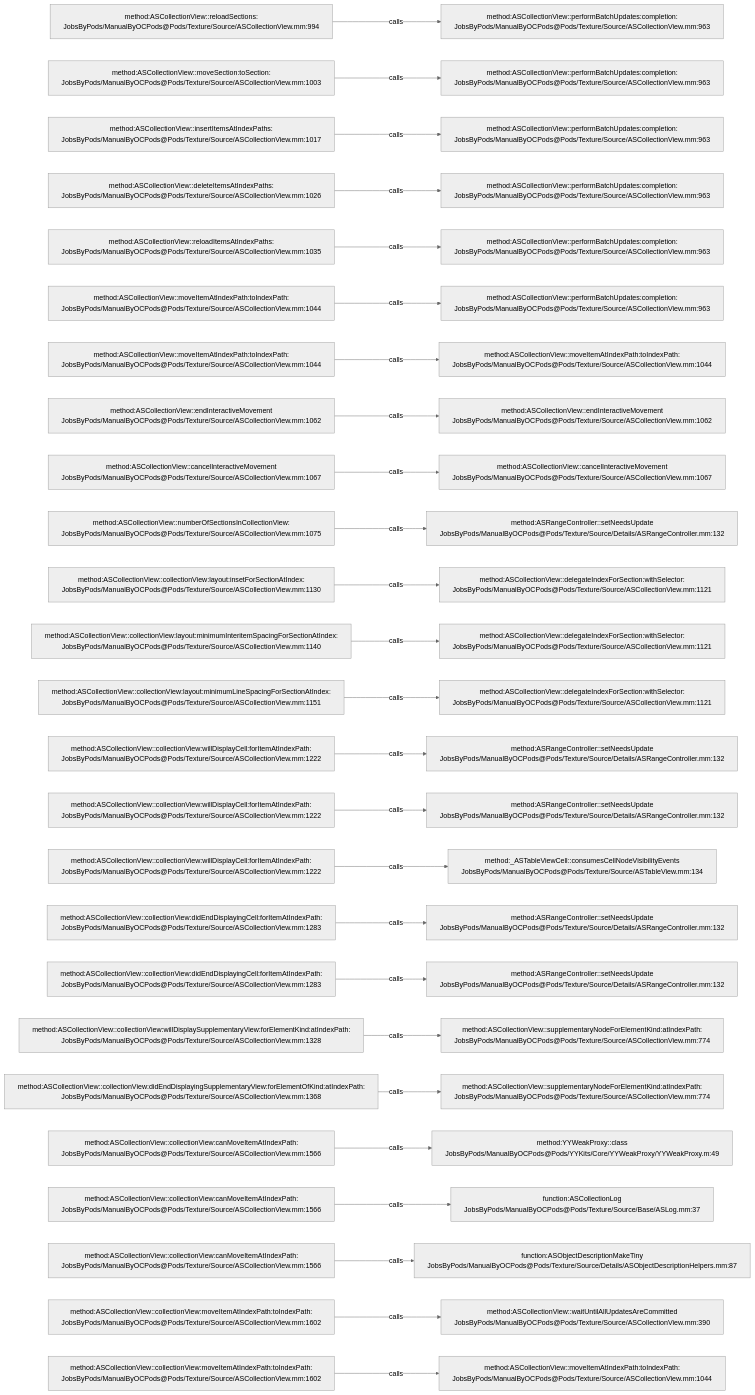
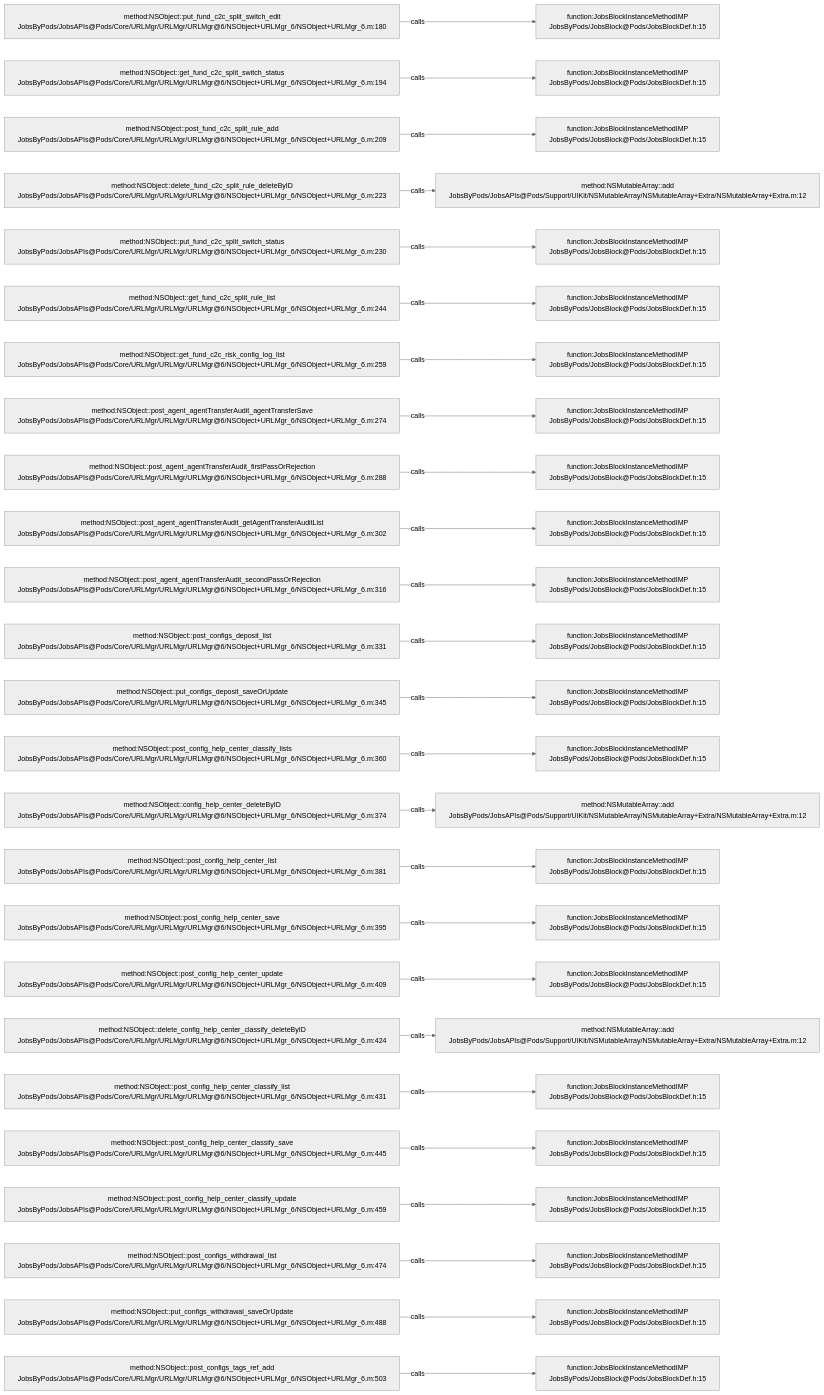
Before and after one commit to JobsKits/JobsOCBaseConfigDemo: the diagram in .codegraph/codegraph.md/graphs/calls-067.md, drawn with Mermaid (neutral theme). The commit also changed 768 other files, not shown here.

````diff
--- a/.codegraph/codegraph.md/graphs/calls-067.md
+++ b/.codegraph/codegraph.md/graphs/calls-067.md
@@ -13,78 +13,78 @@
 ```mermaid
 flowchart LR
-  S1["method:ASCollectionView::reloadSections:<br/>JobsByPods/ManualByOCPods@Pods/Texture/Source/ASCollectionView.mm:994"]
-  T1["method:ASCollectionView::performBatchUpdates:completion:<br/>JobsByPods/ManualByOCPods@Pods/Texture/Source/ASCollectionView.mm:963"]
+  S1["method:NSObject::put_fund_c2c_split_switch_edit<br/>JobsByPods/JobsAPIs@Pods/Core/URLMgr/URLMgr/URLMgr@6/NSObject+URLMgr_6/NSObject+URLMgr_6.m:180"]
+  T1["function:JobsBlockInstanceMethodIMP<br/>JobsByPods/JobsBlock@Pods/JobsBlockDef.h:15"]
   S1 -->|calls| T1
-  S2["method:ASCollectionView::moveSection:toSection:<br/>JobsByPods/ManualByOCPods@Pods/Texture/Source/ASCollectionView.mm:1003"]
-  T2["method:ASCollectionView::performBatchUpdates:completion:<br/>JobsByPods/ManualByOCPods@Pods/Texture/Source/ASCollectionView.mm:963"]
+  S2["method:NSObject::get_fund_c2c_split_switch_status<br/>JobsByPods/JobsAPIs@Pods/Core/URLMgr/URLMgr/URLMgr@6/NSObject+URLMgr_6/NSObject+URLMgr_6.m:194"]
+  T2["function:JobsBlockInstanceMethodIMP<br/>JobsByPods/JobsBlock@Pods/JobsBlockDef.h:15"]
   S2 -->|calls| T2
-  S3["method:ASCollectionView::insertItemsAtIndexPaths:<br/>JobsByPods/ManualByOCPods@Pods/Texture/Source/ASCollectionView.mm:1017"]
-  T3["method:ASCollectionView::performBatchUpdates:completion:<br/>JobsByPods/ManualByOCPods@Pods/Texture/Source/ASCollectionView.mm:963"]
+  S3["method:NSObject::post_fund_c2c_split_rule_add<br/>JobsByPods/JobsAPIs@Pods/Core/URLMgr/URLMgr/URLMgr@6/NSObject+URLMgr_6/NSObject+URLMgr_6.m:209"]
+  T3["function:JobsBlockInstanceMethodIMP<br/>JobsByPods/JobsBlock@Pods/JobsBlockDef.h:15"]
   S3 -->|calls| T3
-  S4["method:ASCollectionView::deleteItemsAtIndexPaths:<br/>JobsByPods/ManualByOCPods@Pods/Texture/Source/ASCollectionView.mm:1026"]
-  T4["method:ASCollectionView::performBatchUpdates:completion:<br/>JobsByPods/ManualByOCPods@Pods/Texture/Source/ASCollectionView.mm:963"]
+  S4["method:NSObject::delete_fund_c2c_split_rule_deleteByID<br/>JobsByPods/JobsAPIs@Pods/Core/URLMgr/URLMgr/URLMgr@6/NSObject+URLMgr_6/NSObject+URLMgr_6.m:223"]
+  T4["method:NSMutableArray::add<br/>JobsByPods/JobsAPIs@Pods/Support/UIKit/NSMutableArray/NSMutableArray+Extra/NSMutableArray+Extra.m:12"]
   S4 -->|calls| T4
-  S5["method:ASCollectionView::reloadItemsAtIndexPaths:<br/>JobsByPods/ManualByOCPods@Pods/Texture/Source/ASCollectionView.mm:1035"]
-  T5["method:ASCollectionView::performBatchUpdates:completion:<br/>JobsByPods/ManualByOCPods@Pods/Texture/Source/ASCollectionView.mm:963"]
+  S5["method:NSObject::put_fund_c2c_split_switch_status<br/>JobsByPods/JobsAPIs@Pods/Core/URLMgr/URLMgr/URLMgr@6/NSObject+URLMgr_6/NSObject+URLMgr_6.m:230"]
+  T5["function:JobsBlockInstanceMethodIMP<br/>JobsByPods/JobsBlock@Pods/JobsBlockDef.h:15"]
   S5 -->|calls| T5
-  S6["method:ASCollectionView::moveItemAtIndexPath:toIndexPath:<br/>JobsByPods/ManualByOCPods@Pods/Texture/Source/ASCollectionView.mm:1044"]
-  T6["method:ASCollectionView::performBatchUpdates:completion:<br/>JobsByPods/ManualByOCPods@Pods/Texture/Source/ASCollectionView.mm:963"]
+  S6["method:NSObject::get_fund_c2c_split_rule_list<br/>JobsByPods/JobsAPIs@Pods/Core/URLMgr/URLMgr/URLMgr@6/NSObject+URLMgr_6/NSObject+URLMgr_6.m:244"]
+  T6["function:JobsBlockInstanceMethodIMP<br/>JobsByPods/JobsBlock@Pods/JobsBlockDef.h:15"]
   S6 -->|calls| T6
-  S7["method:ASCollectionView::moveItemAtIndexPath:toIndexPath:<br/>JobsByPods/ManualByOCPods@Pods/Texture/Source/ASCollectionView.mm:1044"]
-  T7["method:ASCollectionView::moveItemAtIndexPath:toIndexPath:<br/>JobsByPods/ManualByOCPods@Pods/Texture/Source/ASCollectionView.mm:1044"]
+  S7["method:NSObject::get_fund_c2c_risk_config_log_list<br/>JobsByPods/JobsAPIs@Pods/Core/URLMgr/URLMgr/URLMgr@6/NSObject+URLMgr_6/NSObject+URLMgr_6.m:259"]
+  T7["function:JobsBlockInstanceMethodIMP<br/>JobsByPods/JobsBlock@Pods/JobsBlockDef.h:15"]
   S7 -->|calls| T7
-  S8["method:ASCollectionView::endInteractiveMovement<br/>JobsByPods/ManualByOCPods@Pods/Texture/Source/ASCollectionView.mm:1062"]
-  T8["method:ASCollectionView::endInteractiveMovement<br/>JobsByPods/ManualByOCPods@Pods/Texture/Source/ASCollectionView.mm:1062"]
+  S8["method:NSObject::post_agent_agentTransferAudit_agentTransferSave<br/>JobsByPods/JobsAPIs@Pods/Core/URLMgr/URLMgr/URLMgr@6/NSObject+URLMgr_6/NSObject+URLMgr_6.m:274"]
+  T8["function:JobsBlockInstanceMethodIMP<br/>JobsByPods/JobsBlock@Pods/JobsBlockDef.h:15"]
   S8 -->|calls| T8
-  S9["method:ASCollectionView::cancelInteractiveMovement<br/>JobsByPods/ManualByOCPods@Pods/Texture/Source/ASCollectionView.mm:1067"]
-  T9["method:ASCollectionView::cancelInteractiveMovement<br/>JobsByPods/ManualByOCPods@Pods/Texture/Source/ASCollectionView.mm:1067"]
+  S9["method:NSObject::post_agent_agentTransferAudit_firstPassOrRejection<br/>JobsByPods/JobsAPIs@Pods/Core/URLMgr/URLMgr/URLMgr@6/NSObject+URLMgr_6/NSObject+URLMgr_6.m:288"]
+  T9["function:JobsBlockInstanceMethodIMP<br/>JobsByPods/JobsBlock@Pods/JobsBlockDef.h:15"]
   S9 -->|calls| T9
-  S10["method:ASCollectionView::numberOfSectionsInCollectionView:<br/>JobsByPods/ManualByOCPods@Pods/Texture/Source/ASCollectionView.mm:1075"]
-  T10["method:ASRangeController::setNeedsUpdate<br/>JobsByPods/ManualByOCPods@Pods/Texture/Source/Details/ASRangeController.mm:132"]
+  S10["method:NSObject::post_agent_agentTransferAudit_getAgentTransferAuditList<br/>JobsByPods/JobsAPIs@Pods/Core/URLMgr/URLMgr/URLMgr@6/NSObject+URLMgr_6/NSObject+URLMgr_6.m:302"]
+  T10["function:JobsBlockInstanceMethodIMP<br/>JobsByPods/JobsBlock@Pods/JobsBlockDef.h:15"]
   S10 -->|calls| T10
-  S11["method:ASCollectionView::collectionView:layout:insetForSectionAtIndex:<br/>JobsByPods/ManualByOCPods@Pods/Texture/Source/ASCollectionView.mm:1130"]
-  T11["method:ASCollectionView::delegateIndexForSection:withSelector:<br/>JobsByPods/ManualByOCPods@Pods/Texture/Source/ASCollectionView.mm:1121"]
+  S11["method:NSObject::post_agent_agentTransferAudit_secondPassOrRejection<br/>JobsByPods/JobsAPIs@Pods/Core/URLMgr/URLMgr/URLMgr@6/NSObject+URLMgr_6/NSObject+URLMgr_6.m:316"]
+  T11["function:JobsBlockInstanceMethodIMP<br/>JobsByPods/JobsBlock@Pods/JobsBlockDef.h:15"]
   S11 -->|calls| T11
-  S12["method:ASCollectionView::collectionView:layout:minimumInteritemSpacingForSectionAtIndex:<br/>JobsByPods/ManualByOCPods@Pods/Texture/Source/ASCollectionView.mm:1140"]
-  T12["method:ASCollectionView::delegateIndexForSection:withSelector:<br/>JobsByPods/ManualByOCPods@Pods/Texture/Source/ASCollectionView.mm:1121"]
+  S12["method:NSObject::post_configs_deposit_list<br/>JobsByPods/JobsAPIs@Pods/Core/URLMgr/URLMgr/URLMgr@6/NSObject+URLMgr_6/NSObject+URLMgr_6.m:331"]
+  T12["function:JobsBlockInstanceMethodIMP<br/>JobsByPods/JobsBlock@Pods/JobsBlockDef.h:15"]
   S12 -->|calls| T12
-  S13["method:ASCollectionView::collectionView:layout:minimumLineSpacingForSectionAtIndex:<br/>JobsByPods/ManualByOCPods@Pods/Texture/Source/ASCollectionView.mm:1151"]
-  T13["method:ASCollectionView::delegateIndexForSection:withSelector:<br/>JobsByPods/ManualByOCPods@Pods/Texture/Source/ASCollectionView.mm:1121"]
+  S13["method:NSObject::put_configs_deposit_saveOrUpdate<br/>JobsByPods/JobsAPIs@Pods/Core/URLMgr/URLMgr/URLMgr@6/NSObject+URLMgr_6/NSObject+URLMgr_6.m:345"]
+  T13["function:JobsBlockInstanceMethodIMP<br/>JobsByPods/JobsBlock@Pods/JobsBlockDef.h:15"]
   S13 -->|calls| T13
-  S14["method:ASCollectionView::collectionView:willDisplayCell:forItemAtIndexPath:<br/>JobsByPods/ManualByOCPods@Pods/Texture/Source/ASCollectionView.mm:1222"]
-  T14["method:ASRangeController::setNeedsUpdate<br/>JobsByPods/ManualByOCPods@Pods/Texture/Source/Details/ASRangeController.mm:132"]
+  S14["method:NSObject::post_config_help_center_classify_lists<br/>JobsByPods/JobsAPIs@Pods/Core/URLMgr/URLMgr/URLMgr@6/NSObject+URLMgr_6/NSObject+URLMgr_6.m:360"]
+  T14["function:JobsBlockInstanceMethodIMP<br/>JobsByPods/JobsBlock@Pods/JobsBlockDef.h:15"]
   S14 -->|calls| T14
-  S15["method:ASCollectionView::collectionView:willDisplayCell:forItemAtIndexPath:<br/>JobsByPods/ManualByOCPods@Pods/Texture/Source/ASCollectionView.mm:1222"]
-  T15["method:ASRangeController::setNeedsUpdate<br/>JobsByPods/ManualByOCPods@Pods/Texture/Source/Details/ASRangeController.mm:132"]
+  S15["method:NSObject::config_help_center_deleteByID<br/>JobsByPods/JobsAPIs@Pods/Core/URLMgr/URLMgr/URLMgr@6/NSObject+URLMgr_6/NSObject+URLMgr_6.m:374"]
+  T15["method:NSMutableArray::add<br/>JobsByPods/JobsAPIs@Pods/Support/UIKit/NSMutableArray/NSMutableArray+Extra/NSMutableArray+Extra.m:12"]
   S15 -->|calls| T15
-  S16["method:ASCollectionView::collectionView:willDisplayCell:forItemAtIndexPath:<br/>JobsByPods/ManualByOCPods@Pods/Texture/Source/ASCollectionView.mm:1222"]
-  T16["method:_ASTableViewCell::consumesCellNodeVisibilityEvents<br/>JobsByPods/ManualByOCPods@Pods/Texture/Source/ASTableView.mm:134"]
+  S16["method:NSObject::post_config_help_center_list<br/>JobsByPods/JobsAPIs@Pods/Core/URLMgr/URLMgr/URLMgr@6/NSObject+URLMgr_6/NSObject+URLMgr_6.m:381"]
+  T16["function:JobsBlockInstanceMethodIMP<br/>JobsByPods/JobsBlock@Pods/JobsBlockDef.h:15"]
   S16 -->|calls| T16
-  S17["method:ASCollectionView::collectionView:didEndDisplayingCell:forItemAtIndexPath:<br/>JobsByPods/ManualByOCPods@Pods/Texture/Source/ASCollectionView.mm:1283"]
-  T17["method:ASRangeController::setNeedsUpdate<br/>JobsByPods/ManualByOCPods@Pods/Texture/Source/Details/ASRangeController.mm:132"]
+  S17["method:NSObject::post_config_help_center_save<br/>JobsByPods/JobsAPIs@Pods/Core/URLMgr/URLMgr/URLMgr@6/NSObject+URLMgr_6/NSObject+URLMgr_6.m:395"]
+  T17["function:JobsBlockInstanceMethodIMP<br/>JobsByPods/JobsBlock@Pods/JobsBlockDef.h:15"]
   S17 -->|calls| T17
-  S18["method:ASCollectionView::collectionView:didEndDisplayingCell:forItemAtIndexPath:<br/>JobsByPods/ManualByOCPods@Pods/Texture/Source/ASCollectionView.mm:1283"]
-  T18["method:ASRangeController::setNeedsUpdate<br/>JobsByPods/ManualByOCPods@Pods/Texture/Source/Details/ASRangeController.mm:132"]
+  S18["method:NSObject::post_config_help_center_update<br/>JobsByPods/JobsAPIs@Pods/Core/URLMgr/URLMgr/URLMgr@6/NSObject+URLMgr_6/NSObject+URLMgr_6.m:409"]
+  T18["function:JobsBlockInstanceMethodIMP<br/>JobsByPods/JobsBlock@Pods/JobsBlockDef.h:15"]
   S18 -->|calls| T18
-  S19["method:ASCollectionView::collectionView:willDisplaySupplementaryView:forElementKind:atIndexPath:<br/>JobsByPods/ManualByOCPods@Pods/Texture/Source/ASCollectionView.mm:1328"]
-  T19["method:ASCollectionView::supplementaryNodeForElementKind:atIndexPath:<br/>JobsByPods/ManualByOCPods@Pods/Texture/Source/ASCollectionView.mm:774"]
+  S19["method:NSObject::delete_config_help_center_classify_deleteByID<br/>JobsByPods/JobsAPIs@Pods/Core/URLMgr/URLMgr/URLMgr@6/NSObject+URLMgr_6/NSObject+URLMgr_6.m:424"]
+  T19["method:NSMutableArray::add<br/>JobsByPods/JobsAPIs@Pods/Support/UIKit/NSMutableArray/NSMutableArray+Extra/NSMutableArray+Extra.m:12"]
   S19 -->|calls| T19
-  S20["method:ASCollectionView::collectionView:didEndDisplayingSupplementaryView:forElementOfKind:atIndexPath:<br/>JobsByPods/ManualByOCPods@Pods/Texture/Source/ASCollectionView.mm:1368"]
-  T20["method:ASCollectionView::supplementaryNodeForElementKind:atIndexPath:<br/>JobsByPods/ManualByOCPods@Pods/Texture/Source/ASCollectionView.mm:774"]
+  S20["method:NSObject::post_config_help_center_classify_list<br/>JobsByPods/JobsAPIs@Pods/Core/URLMgr/URLMgr/URLMgr@6/NSObject+URLMgr_6/NSObject+URLMgr_6.m:431"]
+  T20["function:JobsBlockInstanceMethodIMP<br/>JobsByPods/JobsBlock@Pods/JobsBlockDef.h:15"]
   S20 -->|calls| T20
-  S21["method:ASCollectionView::collectionView:canMoveItemAtIndexPath:<br/>JobsByPods/ManualByOCPods@Pods/Texture/Source/ASCollectionView.mm:1566"]
-  T21["method:YYWeakProxy::class<br/>JobsByPods/ManualByOCPods@Pods/YYKits/Core/YYWeakProxy/YYWeakProxy.m:49"]
+  S21["method:NSObject::post_config_help_center_classify_save<br/>JobsByPods/JobsAPIs@Pods/Core/URLMgr/URLMgr/URLMgr@6/NSObject+URLMgr_6/NSObject+URLMgr_6.m:445"]
+  T21["function:JobsBlockInstanceMethodIMP<br/>JobsByPods/JobsBlock@Pods/JobsBlockDef.h:15"]
   S21 -->|calls| T21
-  S22["method:ASCollectionView::collectionView:canMoveItemAtIndexPath:<br/>JobsByPods/ManualByOCPods@Pods/Texture/Source/ASCollectionView.mm:1566"]
-  T22["function:ASCollectionLog<br/>JobsByPods/ManualByOCPods@Pods/Texture/Source/Base/ASLog.mm:37"]
+  S22["method:NSObject::post_config_help_center_classify_update<br/>JobsByPods/JobsAPIs@Pods/Core/URLMgr/URLMgr/URLMgr@6/NSObject+URLMgr_6/NSObject+URLMgr_6.m:459"]
+  T22["function:JobsBlockInstanceMethodIMP<br/>JobsByPods/JobsBlock@Pods/JobsBlockDef.h:15"]
   S22 -->|calls| T22
-  S23["method:ASCollectionView::collectionView:canMoveItemAtIndexPath:<br/>JobsByPods/ManualByOCPods@Pods/Texture/Source/ASCollectionView.mm:1566"]
-  T23["function:ASObjectDescriptionMakeTiny<br/>JobsByPods/ManualByOCPods@Pods/Texture/Source/Details/ASObjectDescriptionHelpers.mm:87"]
+  S23["method:NSObject::post_configs_withdrawal_list<br/>JobsByPods/JobsAPIs@Pods/Core/URLMgr/URLMgr/URLMgr@6/NSObject+URLMgr_6/NSObject+URLMgr_6.m:474"]
+  T23["function:JobsBlockInstanceMethodIMP<br/>JobsByPods/JobsBlock@Pods/JobsBlockDef.h:15"]
   S23 -->|calls| T23
-  S24["method:ASCollectionView::collectionView:moveItemAtIndexPath:toIndexPath:<br/>JobsByPods/ManualByOCPods@Pods/Texture/Source/ASCollectionView.mm:1602"]
-  T24["method:ASCollectionView::waitUntilAllUpdatesAreCommitted<br/>JobsByPods/ManualByOCPods@Pods/Texture/Source/ASCollectionView.mm:390"]
+  S24["method:NSObject::put_configs_withdrawal_saveOrUpdate<br/>JobsByPods/JobsAPIs@Pods/Core/URLMgr/URLMgr/URLMgr@6/NSObject+URLMgr_6/NSObject+URLMgr_6.m:488"]
+  T24["function:JobsBlockInstanceMethodIMP<br/>JobsByPods/JobsBlock@Pods/JobsBlockDef.h:15"]
   S24 -->|calls| T24
-  S25["method:ASCollectionView::collectionView:moveItemAtIndexPath:toIndexPath:<br/>JobsByPods/ManualByOCPods@Pods/Texture/Source/ASCollectionView.mm:1602"]
-  T25["method:ASCollectionView::moveItemAtIndexPath:toIndexPath:<br/>JobsByPods/ManualByOCPods@Pods/Texture/Source/ASCollectionView.mm:1044"]
+  S25["method:NSObject::post_configs_tags_ref_add<br/>JobsByPods/JobsAPIs@Pods/Core/URLMgr/URLMgr/URLMgr@6/NSObject+URLMgr_6/NSObject+URLMgr_6.m:503"]
+  T25["function:JobsBlockInstanceMethodIMP<br/>JobsByPods/JobsBlock@Pods/JobsBlockDef.h:15"]
   S25 -->|calls| T25
 ```
````
